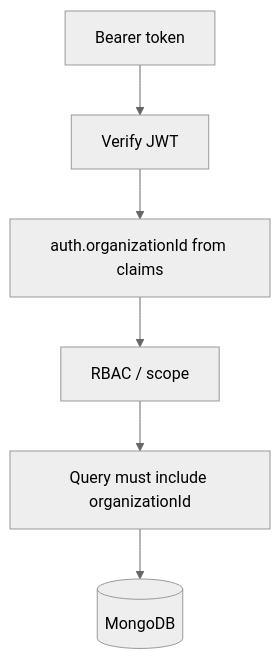
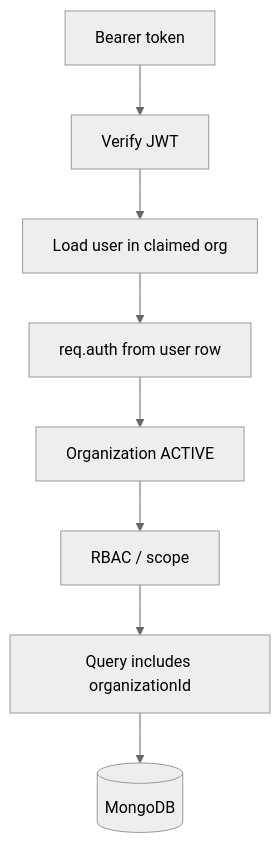
One commit to wael993/Digital-Student-Development-Platform changed the diagram in docs/architecture/multi-tenancy.md. Above: the diagram before and after it, drawn with Mermaid (neutral theme). The commit also changed other lines of this file and 36 other files, not shown here.

````diff
--- a/docs/architecture/multi-tenancy.md
+++ b/docs/architecture/multi-tenancy.md
@@ -32,8 +35,10 @@
 ```mermaid
 flowchart TD
   A[Bearer token] --> B[Verify JWT]
-  B --> C["auth.organizationId from claims"]
-  C --> D[RBAC / scope]
-  D --> E["Query must include organizationId"]
-  E --> F[(MongoDB)]
+  B --> C[Load user in claimed org]
+  C --> D["req.auth from user row"]
+  D --> E[Organization ACTIVE]
+  E --> F[RBAC / scope]
+  F --> G["Query includes organizationId"]
+  G --> H[(MongoDB)]
 ```
````
